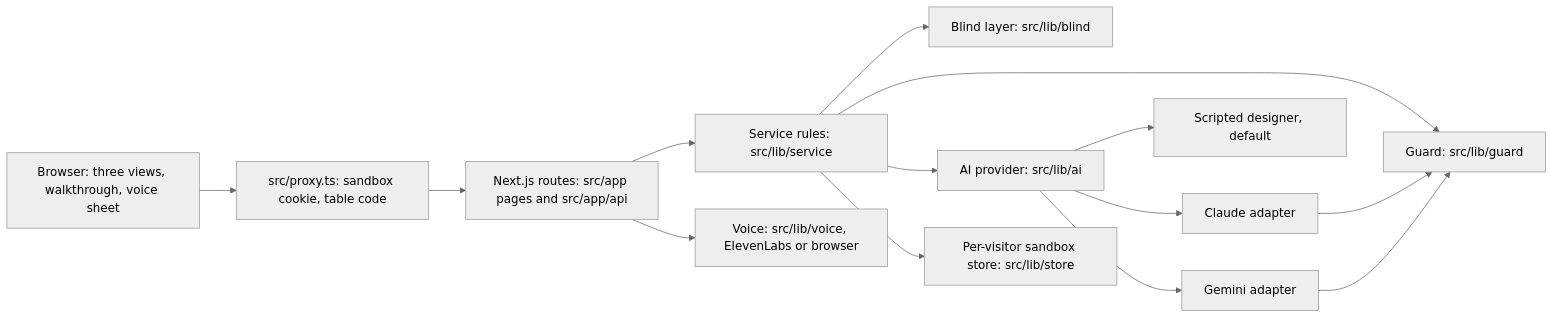
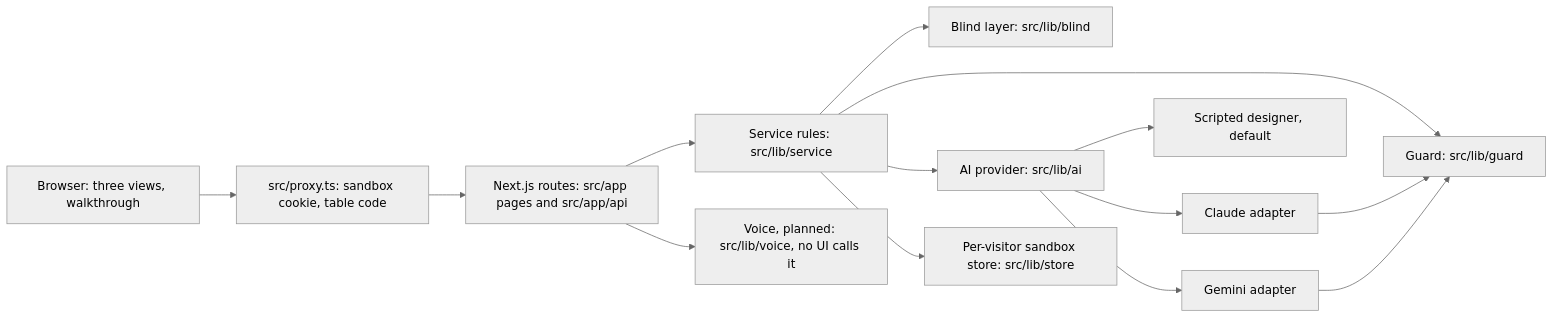
Before and after one commit to felixwickholm/workproof: the diagram in README.md, drawn with Mermaid (neutral theme). The commit also changed other lines of this file and 14 other files, not shown here.

First line of the commit message:
Say voice is planned in docs and evidence, and test the typed flow end to end

````diff
--- a/README.md
+++ b/README.md
@@ -121,16 +121,16 @@
 ```mermaid
 flowchart LR
-  B[Browser: three views, walkthrough, voice sheet] --> P[src/proxy.ts: sandbox cookie, table code]
+  B[Browser: three views, walkthrough] --> P[src/proxy.ts: sandbox cookie, table code]
   P --> R[Next.js routes: src/app pages and src/app/api]
   R --> S[Service rules: src/lib/service]
   S --> BL[Blind layer: src/lib/blind]
   S --> G[Guard: src/lib/guard]
   S --> AI[AI provider: src/lib/ai]
   AI --> SC[Scripted designer, default]
   AI --> CL[Claude adapter]
   AI --> GE[Gemini adapter]
   CL --> G
   GE --> G
-  R --> V[Voice: src/lib/voice, ElevenLabs or browser]
+  R --> V[Voice, planned: src/lib/voice, no UI calls it]
   S --> ST[Per-visitor sandbox store: src/lib/store]
 ```
````
